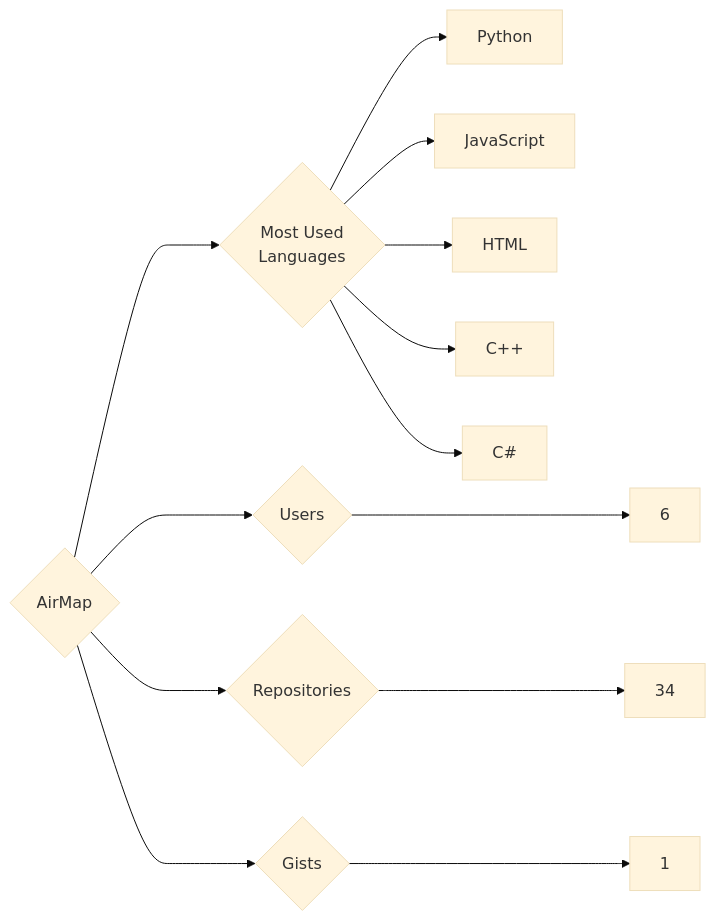
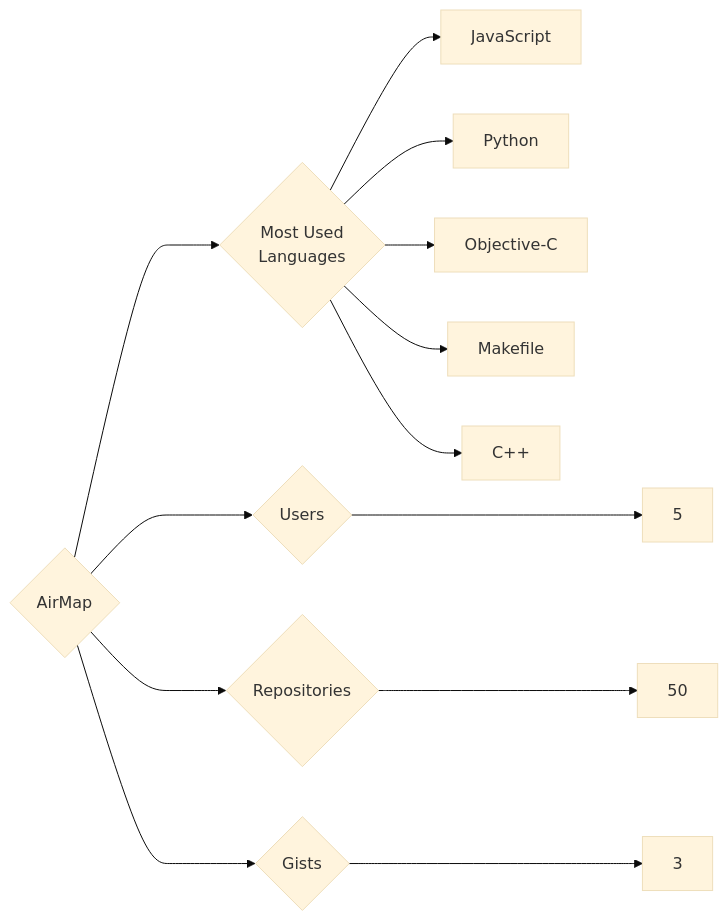
One commit to trickest/insiders changed the diagram in targets/AirMap/README.md. Above: the diagram before and after it, drawn with Mermaid (base theme). The commit also changed 873 other files, not shown here.

````diff
--- a/targets/AirMap/README.md
+++ b/targets/AirMap/README.md
@@ -3,13 +3,13 @@
 ```mermaid
 graph LR
 COMPANY_NAME{AirMap}
-COMPANY_NAME ---> U{Users} ---> UN[6]
-COMPANY_NAME ---> R{Repositories} ---> RN[34]
-COMPANY_NAME ---> G{Gists} ---> GN[1]
+COMPANY_NAME ---> U{Users} ---> UN[5]
+COMPANY_NAME ---> R{Repositories} ---> RN[50]
+COMPANY_NAME ---> G{Gists} ---> GN[3]
 COMPANY_NAME ---> ML{Most Used<br>Languages}
+ML --> JavaScript[JavaScript]
 ML --> Python[Python]
-ML --> JavaScript[JavaScript]
-ML --> HTML[HTML]
+ML --> Objective-C[Objective-C]
+ML --> Makefile[Makefile]
 ML --> C++[C++]
-ML --> C#[C#]
 ```
````
